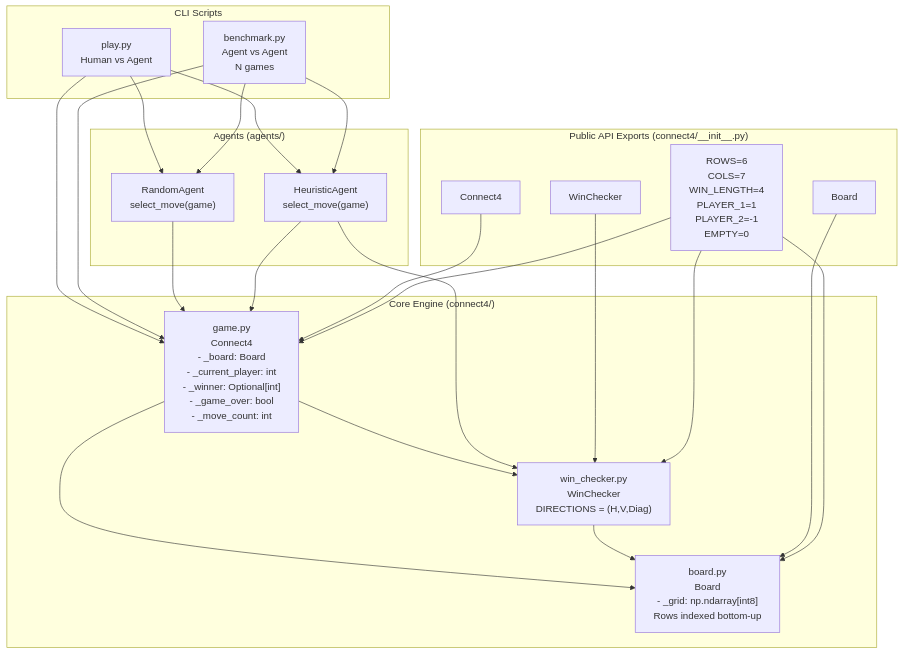
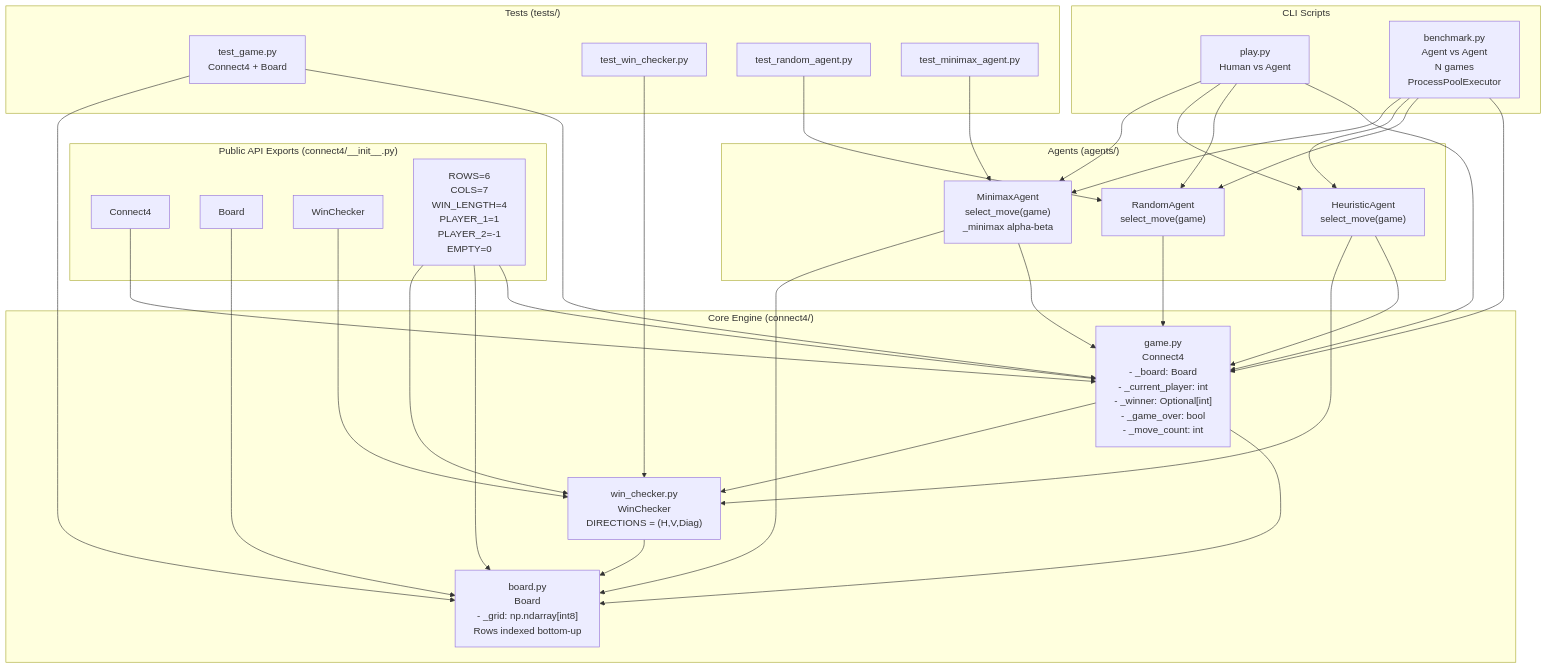
One commit to javiercancela/connect-4 changed the diagram in doc/ai/architecture-overview.md. Above: the diagram before and after it, drawn with Mermaid. The commit also changed other lines of this file and 8 other files, not shown here.

````diff
--- a/doc/ai/architecture-overview.md
+++ b/doc/ai/architecture-overview.md
@@ -5,48 +5,66 @@
 ```mermaid
 flowchart TD
     subgraph PublicAPI["Public API Exports (connect4/__init__.py)"]
         Connect4Class["Connect4"]
         BoardClass["Board"]
         WinCheckerClass["WinChecker"]
         Constants["ROWS=6\nCOLS=7\nWIN_LENGTH=4\nPLAYER_1=1\nPLAYER_2=-1\nEMPTY=0"]
     end
 
     subgraph Core["Core Engine (connect4/)"]
         Connect4["game.py\nConnect4\n- _board: Board\n- _current_player: int\n- _winner: Optional[int]\n- _game_over: bool\n- _move_count: int"]
         Board["board.py\nBoard\n- _grid: np.ndarray[int8]\nRows indexed bottom-up"]
         WinChecker["win_checker.py\nWinChecker\nDIRECTIONS = (H,V,Diag)"]
     end
 
     subgraph Agents["Agents (agents/)"]
         RandomAgent["RandomAgent\nselect_move(game)"]
         HeuristicAgent["HeuristicAgent\nselect_move(game)"]
+        MinimaxAgent["MinimaxAgent\nselect_move(game)\n_minimax alpha-beta"]
     end
 
     subgraph CLI["CLI Scripts"]
         Play["play.py\nHuman vs Agent"]
-        Benchmark["benchmark.py\nAgent vs Agent\nN games"]
+        Benchmark["benchmark.py\nAgent vs Agent\nN games\nProcessPoolExecutor"]
+    end
+
+    subgraph Tests["Tests (tests/)"]
+        TestGame["test_game.py\nConnect4 + Board"]
+        TestWin["test_win_checker.py"]
+        TestRandom["test_random_agent.py"]
+        TestMinimax["test_minimax_agent.py"]
     end
 
     Play --> Connect4
     Play --> RandomAgent
     Play --> HeuristicAgent
+    Play --> MinimaxAgent
 
     Benchmark --> Connect4
     Benchmark --> RandomAgent
     Benchmark --> HeuristicAgent
+    Benchmark --> MinimaxAgent
 
     Connect4 --> Board
     Connect4 --> WinChecker
     WinChecker --> Board
 
     RandomAgent --> Connect4
     HeuristicAgent --> Connect4
     HeuristicAgent --> WinChecker
+    MinimaxAgent --> Connect4
+    MinimaxAgent --> Board
+
+    TestGame --> Connect4
+    TestGame --> Board
+    TestWin --> WinChecker
+    TestRandom --> RandomAgent
+    TestMinimax --> MinimaxAgent
 
     Connect4Class --> Connect4
     BoardClass --> Board
     WinCheckerClass --> WinChecker
     Constants --> Connect4
     Constants --> Board
     Constants --> WinChecker
 ```
````
